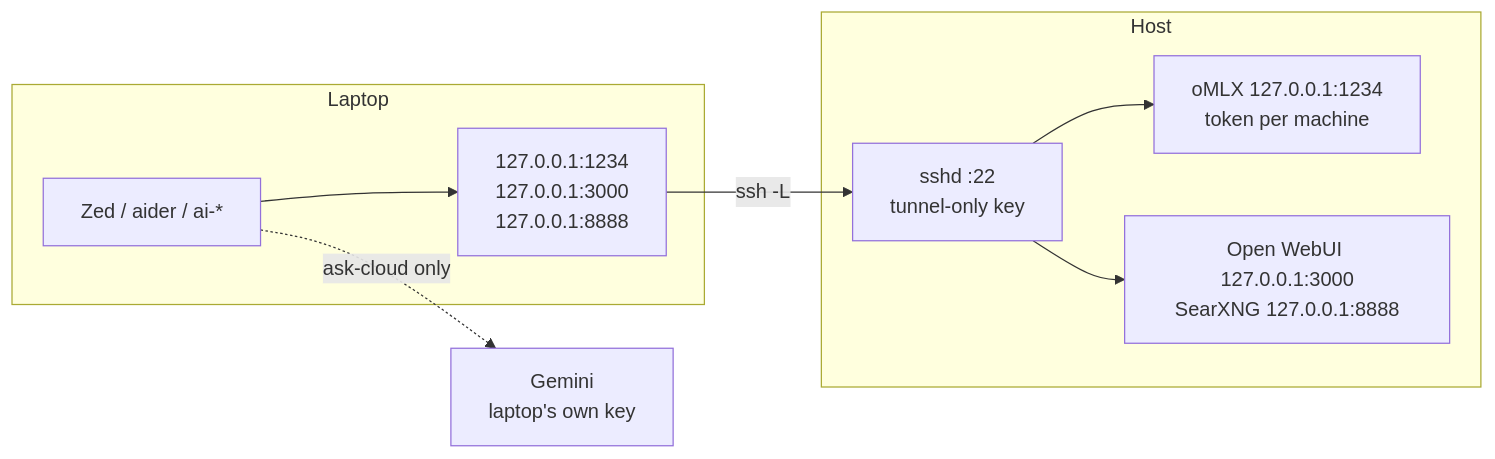
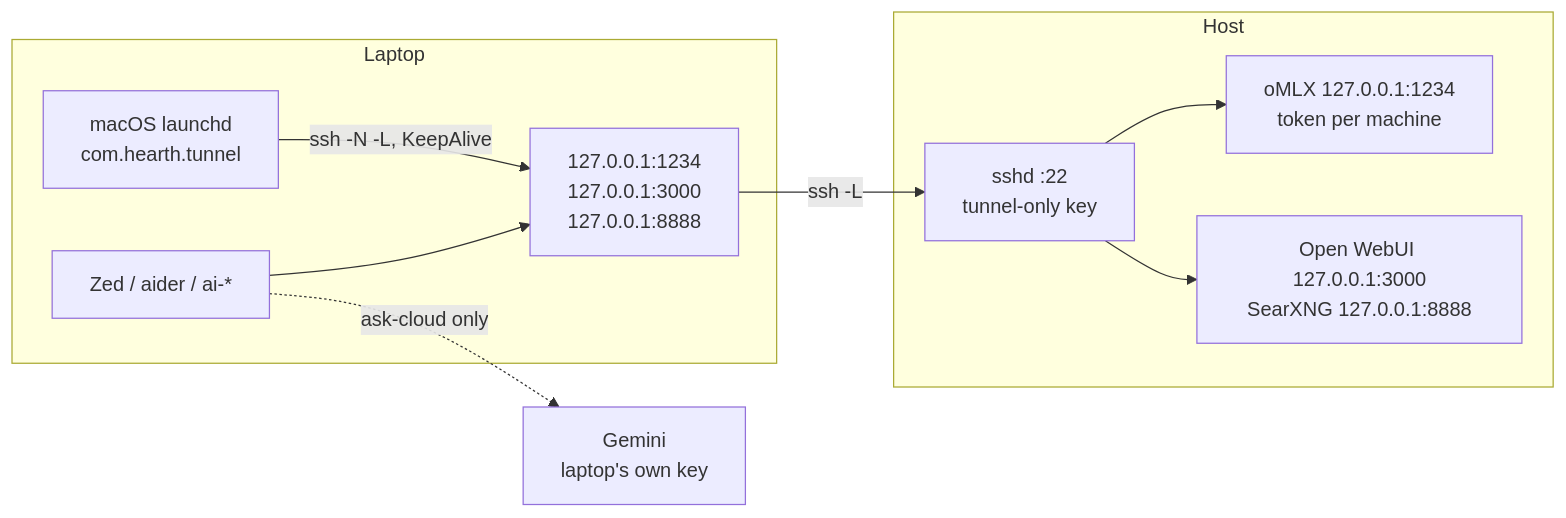
The diagram in docs/LAPTOP.md (ouster/hearth), drawn with Mermaid before and after one commit. The commit also changed other lines of this file and 6 other files, not shown here.

First line of the commit message:
Keep the laptop tunnel up when the SSH session drops, and say which sub-key name to register.

````diff
--- a/docs/LAPTOP.md
+++ b/docs/LAPTOP.md
@@ -8,18 +8,20 @@
 ```mermaid
 flowchart LR
     subgraph laptop["Laptop"]
         lz["Zed / aider / ai-*"]
+        ld["macOS launchd<br/>com.hearth.tunnel"]
         lp["127.0.0.1:1234<br/>127.0.0.1:3000<br/>127.0.0.1:8888"]
     end
     subgraph host["Host"]
         sshd["sshd :22<br/>tunnel-only key"]
         srv["oMLX 127.0.0.1:1234<br/>token per machine"]
         webui["Open WebUI 127.0.0.1:3000<br/>SearXNG 127.0.0.1:8888"]
     end
     gem["Gemini<br/>laptop's own key"]
+    ld -->|"ssh -N -L, KeepAlive"| lp
     lz --> lp
     lp -->|"ssh -L"| sshd
     sshd --> srv
     sshd --> webui
     lz -.->|"ask-cloud only"| gem
 ```
````
